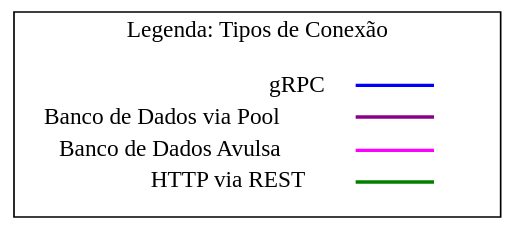
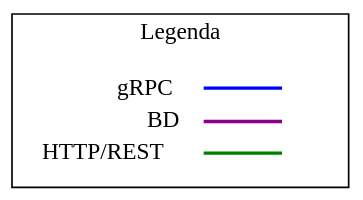
One commit to Minerva-System/minerva-system changed the second of 2 diagrams in docs/src/backend.md. Above: the diagram before and after it, drawn with Graphviz. The commit also changed other lines of this file and 3 other files, not shown here.

````diff
--- a/docs/src/backend.md
+++ b/docs/src/backend.md
@@ -119,35 +78,32 @@
 ```dot process
 graph {
 	bgcolor=transparent;
 	rankdir="TB";
 	compound=true;
 	node[style=filled; fillcolor=transparent];
 	
 	subgraph cluster_legenda {
-		label = "Legenda: Tipos de Conexão";
+		label = "Legenda";
 		style = filled;
 		fillcolor = white;
 		key [label=<
 		  <table border="0" cellpadding="2" cellspacing="0" cellborder="0">
 			<tr><td align="right" port="i1">gRPC  </td></tr>
-            <tr><td align="right" port="i2">Banco de Dados via Pool  </td></tr>
-            <tr><td align="right" port="i3">Banco de Dados Avulsa  </td></tr>
-            <tr><td align="right" port="i4">HTTP via REST  </td></tr>
+            <tr><td align="right" port="i2">BD  </td></tr>
+            <tr><td align="right" port="i3">HTTP/REST  </td></tr>
           </table>
 		>; shape=plaintext]
         key2 [label=<
 		  <table border="0" cellpadding="2" cellspacing="0" cellborder="0">
             <tr><td port="i1">&nbsp;</td></tr>
             <tr><td port="i2">&nbsp;</td></tr>
             <tr><td port="i3">&nbsp;</td></tr>
-            <tr><td port="i4">&nbsp;</td></tr>
           </table>
 	    >; shape=plaintext]
 		{rank=same; rankdir=LR; key; key2; }
 		key:i1:e -- key2:i1:w [color=blue; penwidth=2.0];
 		key:i2:e -- key2:i2:w [color=darkmagenta; penwidth=2.0];
-        key:i3:e -- key2:i3:w [color=magenta; penwidth=2.0];
-        key:i4:e -- key2:i4:w [color=green; penwidth=2.0];
+		key:i3:e -- key2:i3:w [color=green; penwidth=2.0];
   }
 }
 ```
````
